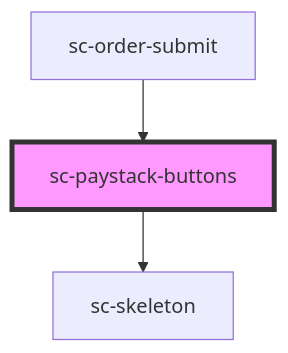
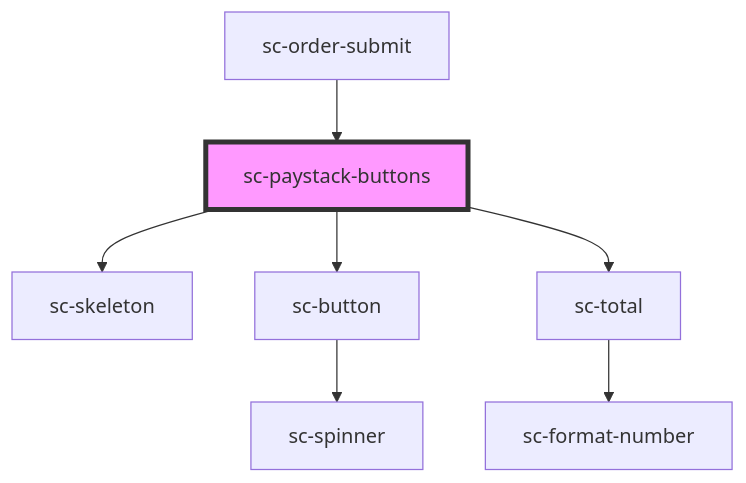
One commit to surecart/surecart-wp-plugin changed the diagram in packages/components/src/components/ui/paystack-buttons/readme.md. Above: the diagram before and after it, drawn with Mermaid. The commit also changed other lines of this file and 5 other files, not shown here.

````diff
--- a/packages/components/src/components/ui/paystack-buttons/readme.md
+++ b/packages/components/src/components/ui/paystack-buttons/readme.md
@@ -50,6 +52,10 @@
 ```mermaid
 graph TD;
   sc-paystack-buttons --> sc-skeleton
+  sc-paystack-buttons --> sc-button
+  sc-paystack-buttons --> sc-total
+  sc-button --> sc-spinner
+  sc-total --> sc-format-number
   sc-order-submit --> sc-paystack-buttons
   style sc-paystack-buttons fill:#f9f,stroke:#333,stroke-width:4px
 ```
````
